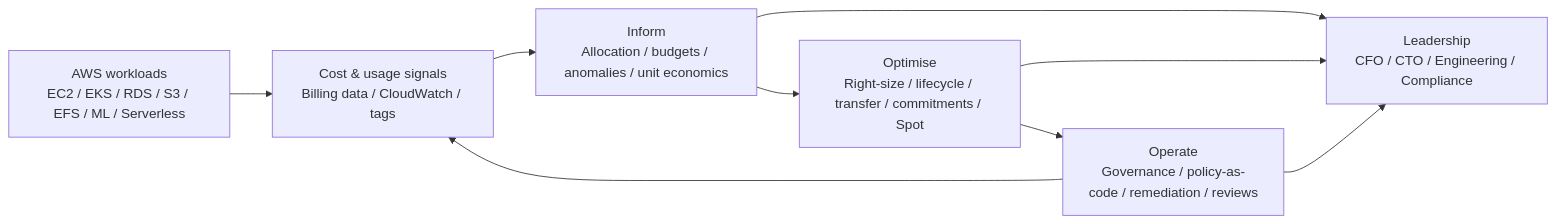
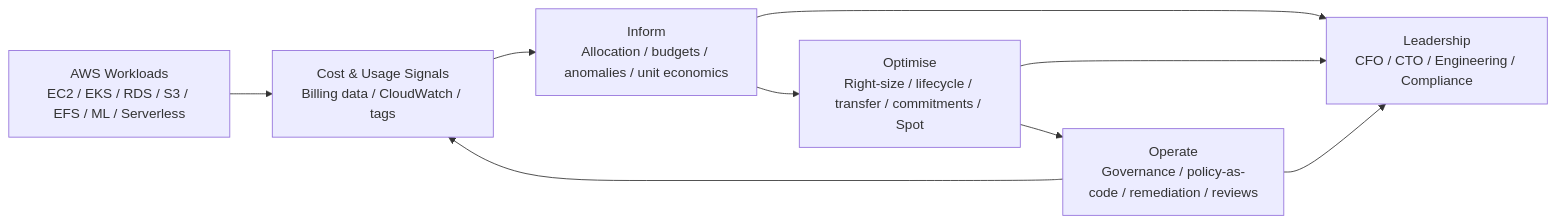
The diagram in architecture/architecture-overview.md (KomalSingh21/lendflow-finops-framework), drawn with Mermaid before and after one commit. The commit also changed other lines of this file, not shown here.

````diff
--- a/architecture/architecture-overview.md
+++ b/architecture/architecture-overview.md
@@ -7,14 +17,14 @@
 ```mermaid
 flowchart LR
-    A[AWS workloads\nEC2 / EKS / RDS / S3 / EFS / ML / Serverless]
-    B[Cost & usage signals\nBilling data / CloudWatch / tags]
-    C[Inform\nAllocation / budgets / anomalies / unit economics]
-    D[Optimise\nRight-size / lifecycle / transfer / commitments / Spot]
-    E[Operate\nGovernance / policy-as-code / remediation / reviews]
-    F[Leadership\nCFO / CTO / Engineering / Compliance]
+    A[AWS Workloads<br/>EC2 / EKS / RDS / S3 / EFS / ML / Serverless]
+    B[Cost & Usage Signals<br/>Billing data / CloudWatch / tags]
+    C[Inform<br/>Allocation / budgets / anomalies / unit economics]
+    D[Optimise<br/>Right-size / lifecycle / transfer / commitments / Spot]
+    E[Operate<br/>Governance / policy-as-code / remediation / reviews]
+    F[Leadership<br/>CFO / CTO / Engineering / Compliance]
 
     A --> B --> C --> D --> E --> B
     C --> F
     D --> F
     E --> F
 ```
````
